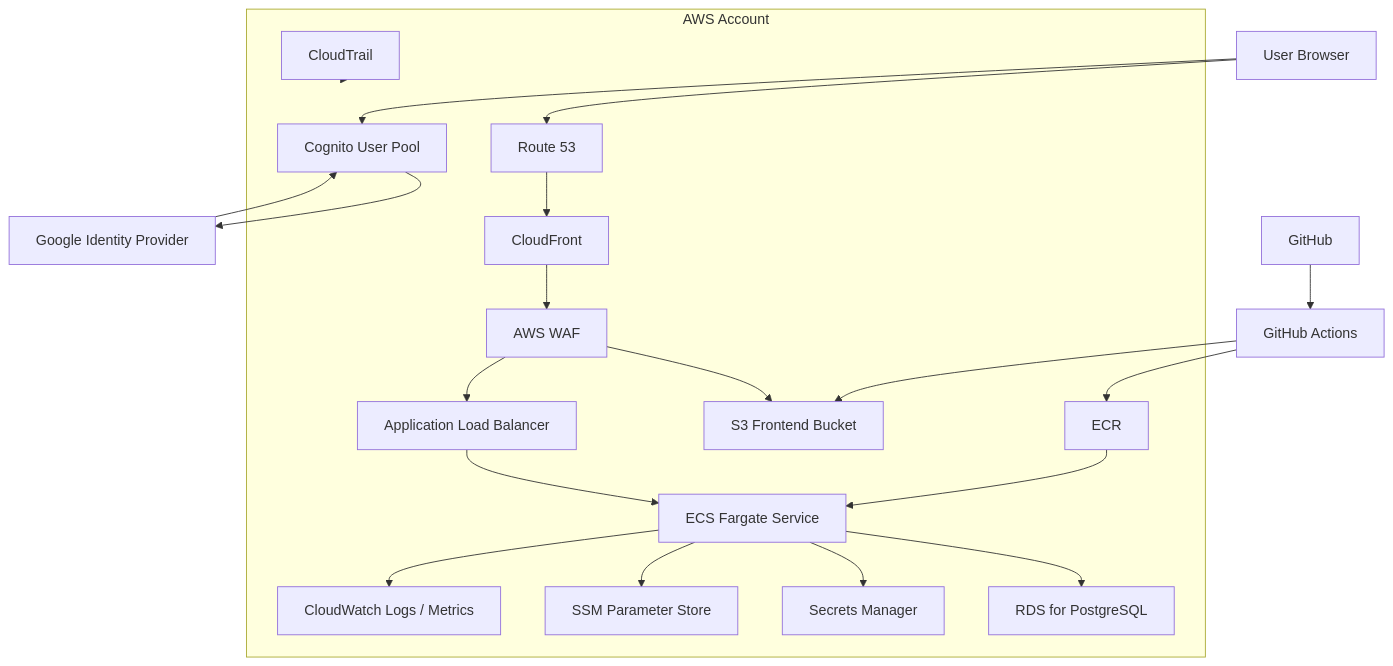
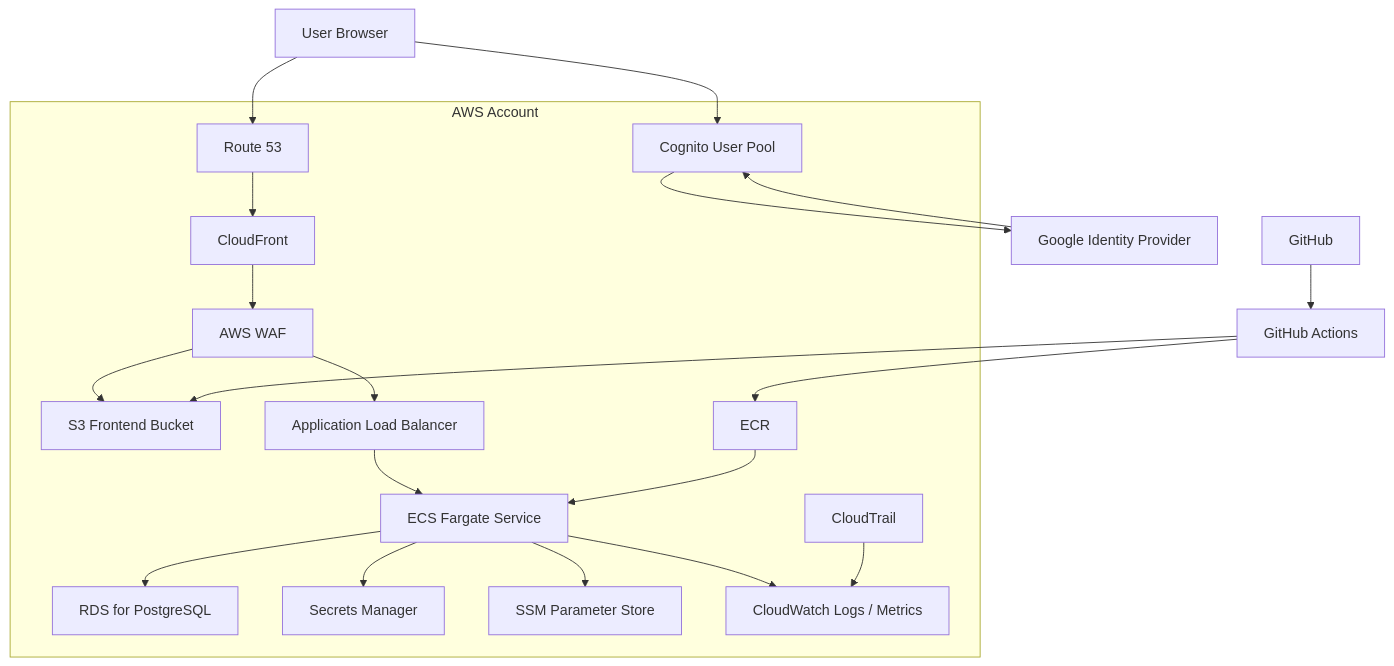
One commit to x29general/PlasticModelApp.Public changed the second of 3 diagrams in docs/20_design/01_architecture/03_aws_infrastructure_architecture.md. Above: the diagram before and after it, drawn with Mermaid.

````diff
--- a/docs/20_design/01_architecture/03_aws_infrastructure_architecture.md
+++ b/docs/20_design/01_architecture/03_aws_infrastructure_architecture.md
@@ -81,45 +81,45 @@
 ```mermaid
 flowchart TB
     User[User Browser]
     Google[Google Identity Provider]
     GitHub[GitHub]
     Actions[GitHub Actions]
 
     subgraph AWS["AWS Account"]
         Route53[Route 53]
         CloudFront[CloudFront]
         WAF[AWS WAF]
         S3[S3 Frontend Bucket]
         ALB[Application Load Balancer]
         ECS[ECS Fargate Service]
         RDS[RDS for PostgreSQL]
         Cognito[Cognito User Pool]
         Secrets[Secrets Manager]
         SSM[SSM Parameter Store]
         Logs[CloudWatch Logs / Metrics]
         Trail[CloudTrail]
         ECR[ECR]
     end
 
     User --> Route53
     Route53 --> CloudFront
     CloudFront --> WAF
     WAF --> S3
     WAF --> ALB
 
     User --> Cognito
     Cognito --> Google
     Google --> Cognito
 
     ALB --> ECS
     ECS --> RDS
     ECS --> Secrets
     ECS --> SSM
     ECS --> Logs
 
     GitHub --> Actions
     Actions --> ECR
     ECR --> ECS
     Actions --> S3
-    Trail --> AWS
+    Trail --> Logs
 ```
````
